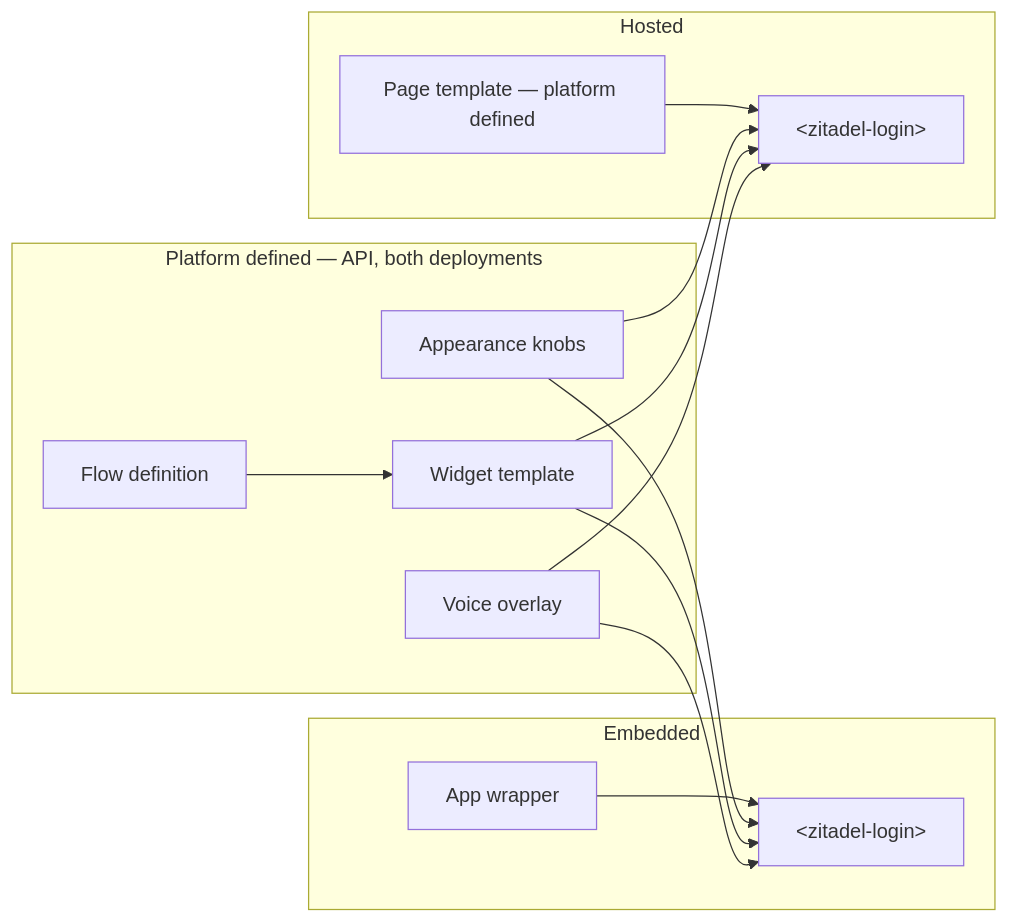
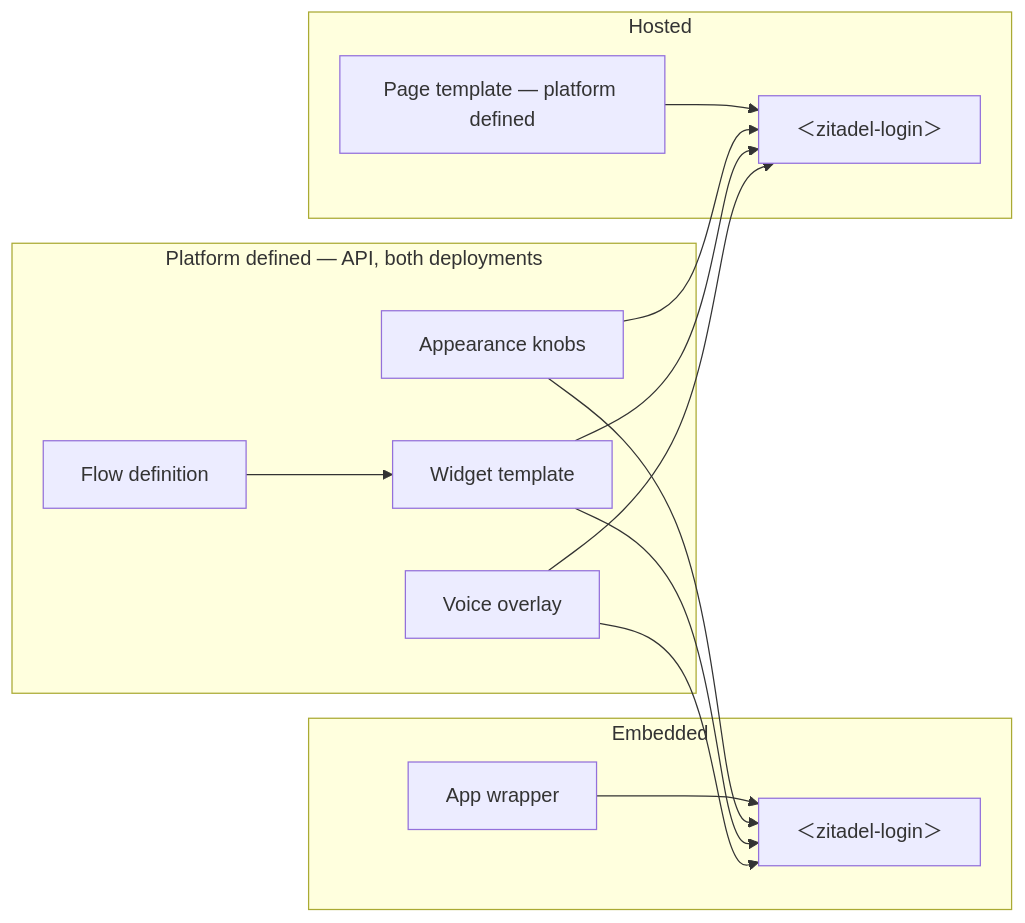
Before and after one commit to zitadel/nextgen: the third of 5 diagrams in docs/design/branding/customization-strategy.md, drawn with Mermaid. The commit also changed other lines of this file, not shown here.

First line of the commit message:
docs: keep zitadel-login visible in mermaid HTML labels

````diff
--- a/docs/design/branding/customization-strategy.md
+++ b/docs/design/branding/customization-strategy.md
@@ -159,26 +159,26 @@
 ```mermaid
 flowchart LR
   subgraph embed [Embedded]
     EW[App wrapper]
-    EL["#lt;zitadel-login#gt;"]
+    EL["＜zitadel-login＞"]
     EW --> EL
   end
   subgraph hosted [Hosted]
     PT["Page template — platform defined"]
-    HL["#lt;zitadel-login#gt;"]
+    HL["＜zitadel-login＞"]
     PT --> HL
   end
   subgraph api [Platform defined — API, both deployments]
     AP[Appearance knobs]
     WT[Widget template]
     VO[Voice overlay]
     FL[Flow definition]
   end
   AP --> EL
   AP --> HL
   WT --> EL
   WT --> HL
   VO --> EL
   VO --> HL
   FL --> WT
 ```
````
